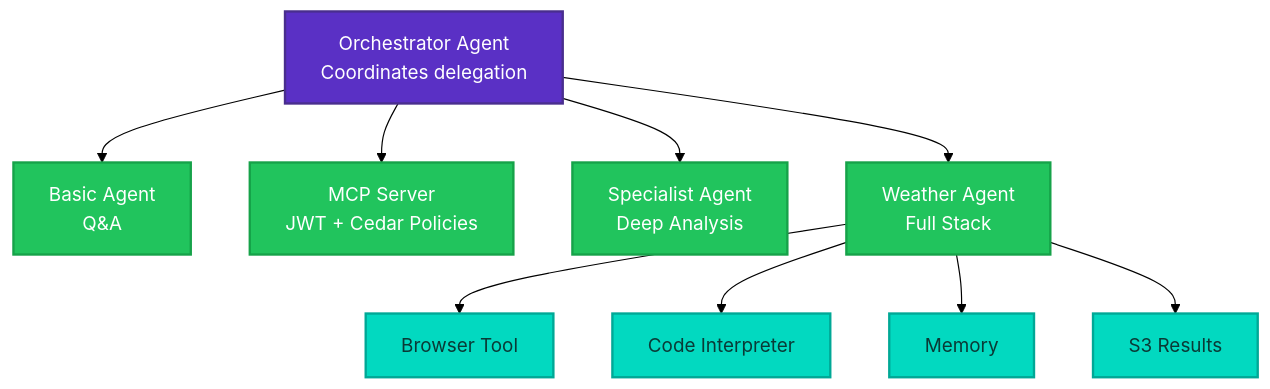
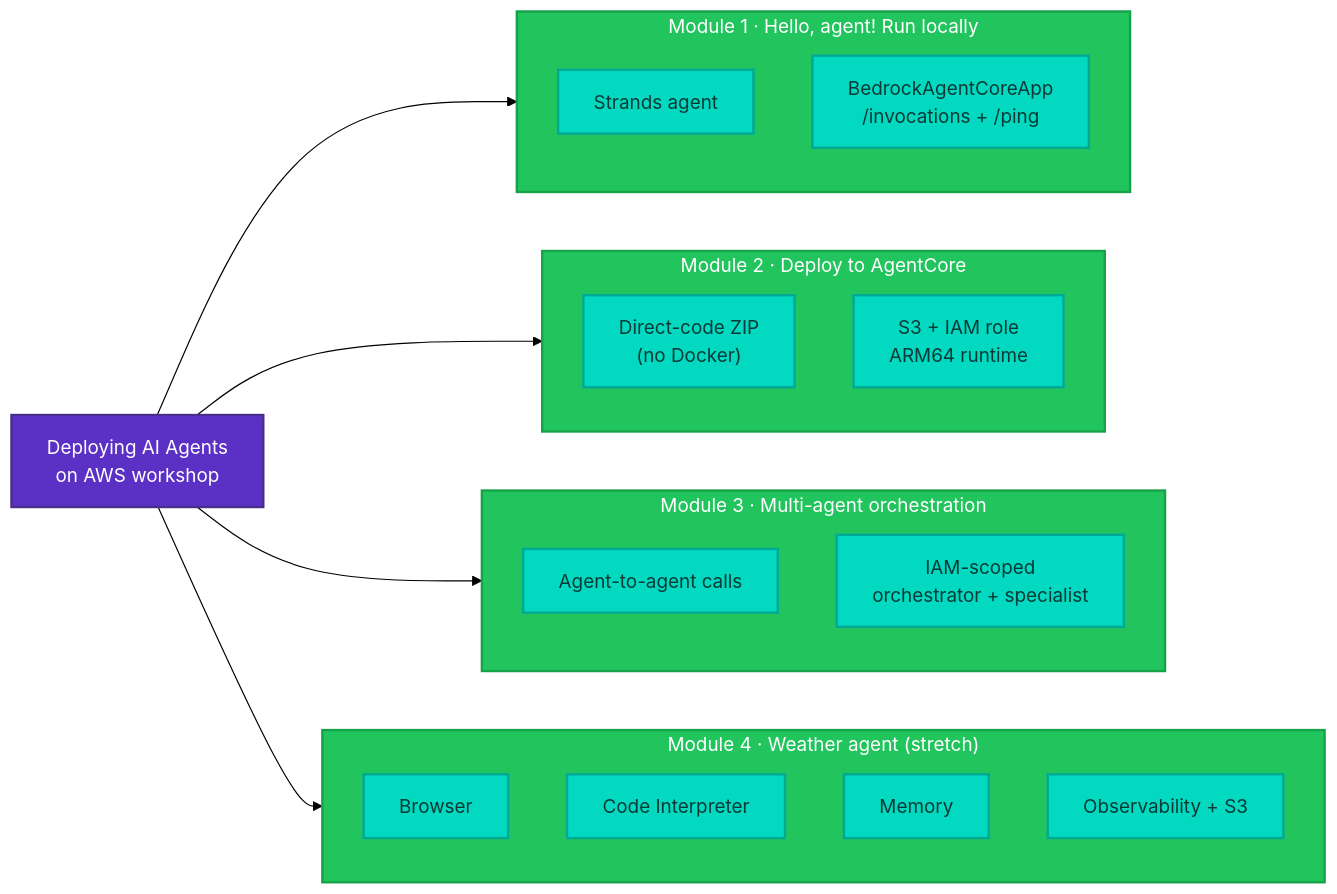
Before and after one commit to muditjai/pulumi-ai-aws-bedrock-workshop: the diagram in index.md, drawn with Mermaid (forest theme). The commit also changed other lines of this file and 70 other files, not shown here.

First line of the commit message:
Soften the on-ramp: add local Module 1, drop MCP module, simplify first deploy (#18)

````diff
--- a/index.md
+++ b/index.md
@@ -14,24 +14,51 @@
 ```mermaid
-flowchart TD
-    O["Orchestrator Agent<br/>Coordinates delegation"]
-    style O fill:#5a30c5,color:#fff,stroke:#492e8e,stroke-width:2px
+flowchart LR
+    W["Deploying AI Agents<br/>on AWS workshop"]
 
-    O --> A["Basic Agent<br/>Q&A"]
-    O --> B["MCP Server<br/>JWT + Cedar Policies"]
-    O --> C["Specialist Agent<br/>Deep Analysis"]
-    O --> D["Weather Agent<br/>Full Stack"]
+    W --> M1
+    W --> M2
+    W --> M3
+    W --> M4
 
-    D --> E["Browser Tool"]
-    D --> F["Code Interpreter"]
-    D --> G["Memory"]
-    D --> H["S3 Results"]
+    subgraph M1["Module 1 · Hello, agent! Run locally"]
+        direction TB
+        F1["Strands agent"]
+        F2["BedrockAgentCoreApp<br/>/invocations + /ping"]
+    end
 
-    style A fill:#21c45d,color:#fff,stroke:#16a249,stroke-width:2px
-    style B fill:#21c45d,color:#fff,stroke:#16a249,stroke-width:2px
-    style C fill:#21c45d,color:#fff,stroke:#16a249,stroke-width:2px
-    style D fill:#21c45d,color:#fff,stroke:#16a249,stroke-width:2px
-    style E fill:#02d9c0,color:#0a3a36,stroke:#00a896,stroke-width:2px
-    style F fill:#02d9c0,color:#0a3a36,stroke:#00a896,stroke-width:2px
-    style G fill:#02d9c0,color:#0a3a36,stroke:#00a896,stroke-width:2px
-    style H fill:#02d9c0,color:#0a3a36,stroke:#00a896,stroke-width:2px
+    subgraph M2["Module 2 · Deploy to AgentCore"]
+        direction TB
+        F3["Direct-code ZIP<br/>(no Docker)"]
+        F4["S3 + IAM role<br/>ARM64 runtime"]
+    end
+
+    subgraph M3["Module 3 · Multi-agent orchestration"]
+        direction TB
+        F5["Agent-to-agent calls"]
+        F6["IAM-scoped<br/>orchestrator + specialist"]
+    end
+
+    subgraph M4["Module 4 · Weather agent (stretch)"]
+        direction TB
+        F7["Browser"]
+        F8["Code Interpreter"]
+        F9["Memory"]
+        F10["Observability + S3"]
+    end
+
+    style W fill:#5a30c5,color:#fff,stroke:#492e8e,stroke-width:2px
+    style M1 fill:#21c45d,color:#fff,stroke:#16a249,stroke-width:2px
+    style M2 fill:#21c45d,color:#fff,stroke:#16a249,stroke-width:2px
+    style M3 fill:#21c45d,color:#fff,stroke:#16a249,stroke-width:2px
+    style M4 fill:#21c45d,color:#fff,stroke:#16a249,stroke-width:2px
+    style F1 fill:#02d9c0,color:#0a3a36,stroke:#00a896,stroke-width:2px
+    style F2 fill:#02d9c0,color:#0a3a36,stroke:#00a896,stroke-width:2px
+    style F3 fill:#02d9c0,color:#0a3a36,stroke:#00a896,stroke-width:2px
+    style F4 fill:#02d9c0,color:#0a3a36,stroke:#00a896,stroke-width:2px
+    style F5 fill:#02d9c0,color:#0a3a36,stroke:#00a896,stroke-width:2px
+    style F6 fill:#02d9c0,color:#0a3a36,stroke:#00a896,stroke-width:2px
+    style F7 fill:#02d9c0,color:#0a3a36,stroke:#00a896,stroke-width:2px
+    style F8 fill:#02d9c0,color:#0a3a36,stroke:#00a896,stroke-width:2px
+    style F9 fill:#02d9c0,color:#0a3a36,stroke:#00a896,stroke-width:2px
+    style F10 fill:#02d9c0,color:#0a3a36,stroke:#00a896,stroke-width:2px
 ```
````
